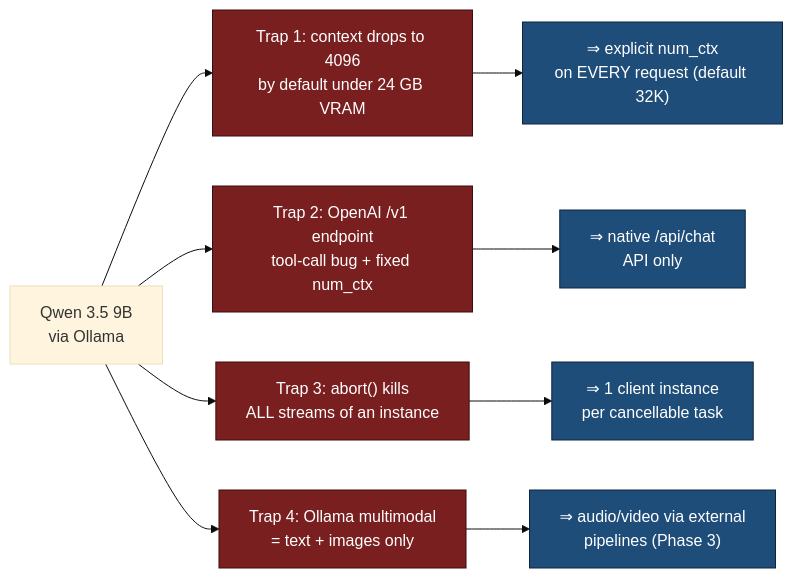
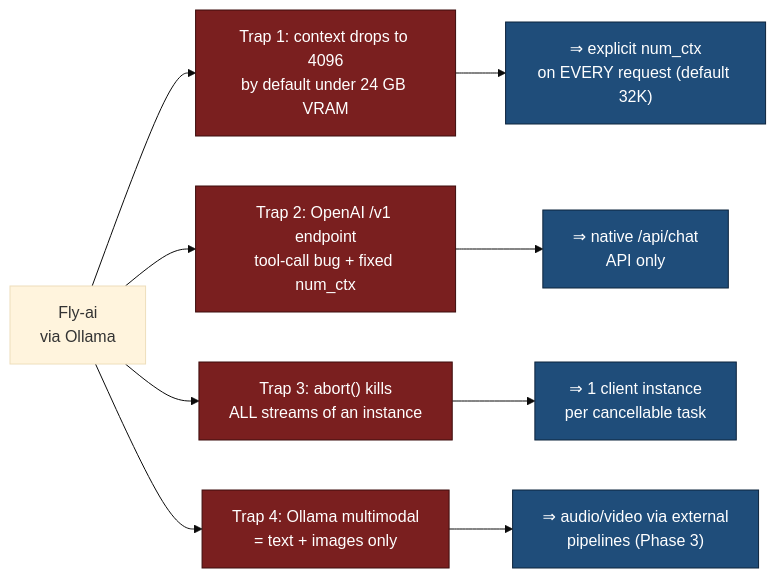
The first of 11 diagrams in DOCUMENTATION.md (Tromset/Ollama-Code), drawn with Mermaid (base theme) before and after one commit. The commit also changed other lines of this file and 1 other file, not shown here.

First line of the commit message:
docs: replace Qwen 3.5 with Fly-ai in README and DOCUMENTATION

````diff
--- a/DOCUMENTATION.md
+++ b/DOCUMENTATION.md
@@ -69,17 +69,17 @@
 ```mermaid
 flowchart LR
-    A["Qwen 3.5 9B<br/>via Ollama"] --> B["Trap 1: context drops to 4096<br/>by default under 24 GB VRAM"]
+    A["Fly-ai<br/>via Ollama"] --> B["Trap 1: context drops to 4096<br/>by default under 24 GB VRAM"]
     A --> C["Trap 2: OpenAI /v1 endpoint<br/>tool-call bug + fixed num_ctx"]
     A --> D["Trap 3: abort() kills<br/>ALL streams of an instance"]
     A --> E["Trap 4: Ollama multimodal<br/>= text + images only"]
 
     B --> B2["⇒ explicit num_ctx<br/>on EVERY request (default 32K)"]
     C --> C2["⇒ native /api/chat<br/>API only"]
     D --> D2["⇒ 1 client instance<br/>per cancellable task"]
     E --> E2["⇒ audio/video via external<br/>pipelines (Phase 3)"]
 
     classDef trap fill:#7a1f1f,color:#fff,stroke:#3d0d0d;
     classDef fix fill:#1f4d7a,color:#fff,stroke:#0d243d;
     class B,C,D,E trap;
     class B2,C2,D2,E2 fix;
 ```
````
